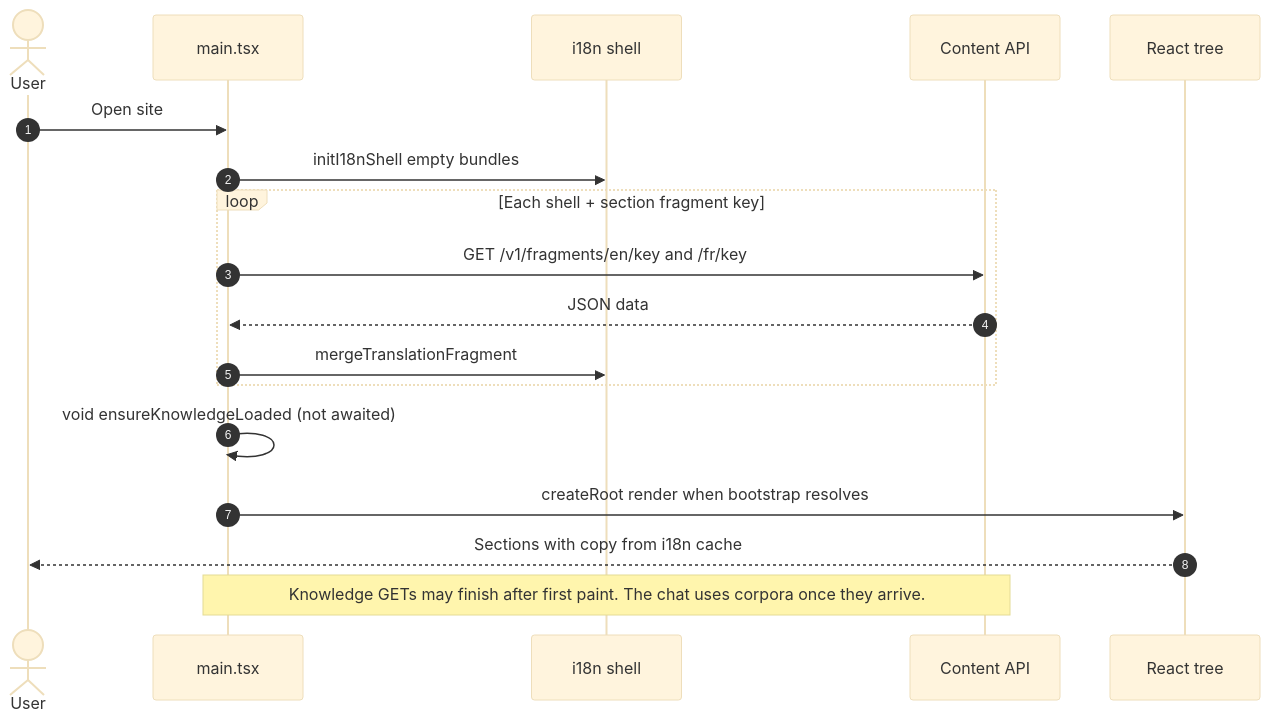
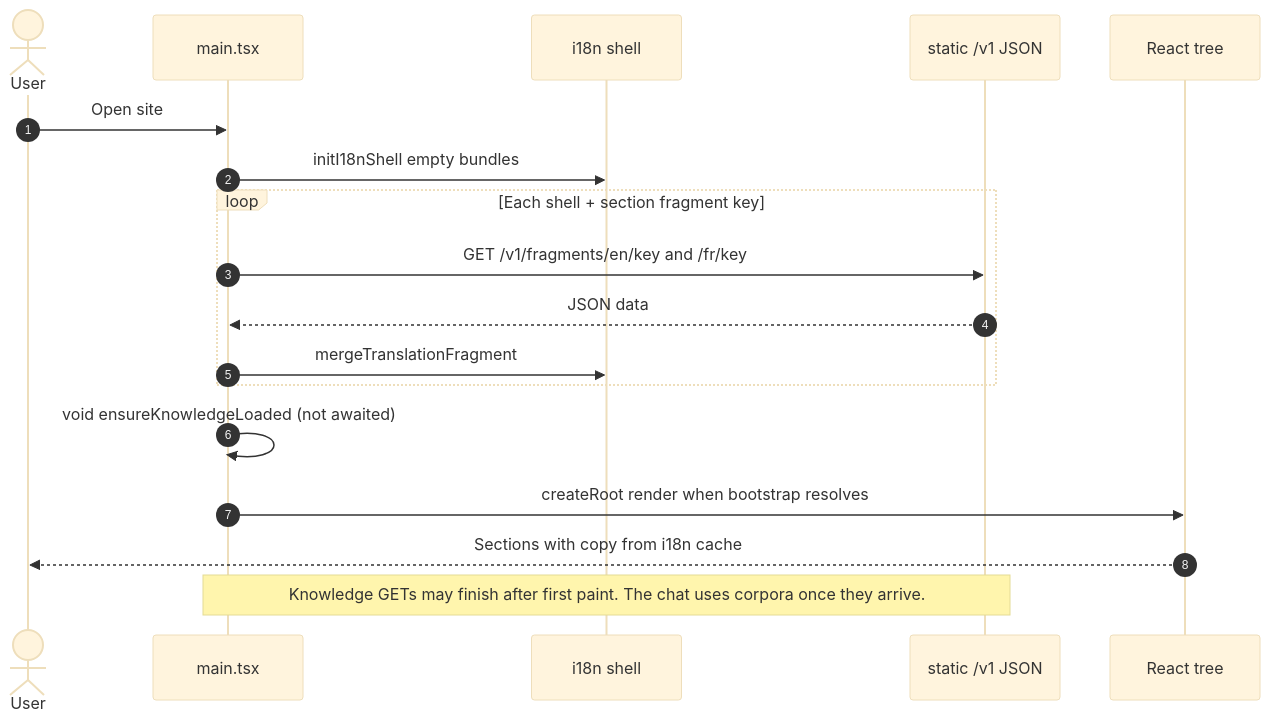
The fifth of 5 diagrams in README.md (kdutta25/my-portfolio), drawn with Mermaid (base theme) before and after one commit. The commit also changed other lines of this file and 11 other files, not shown here.

First line of the commit message:
Serve portfolio content as static /v1 files on GitHub Pages.

````diff
--- a/README.md
+++ b/README.md
@@ -277,21 +278,21 @@
 ```mermaid
 sequenceDiagram
   autonumber
   actor User
   participant Main as main.tsx
   participant I18n as i18n shell
-  participant API as Content API
+  participant Static as static /v1 JSON
   participant React as React tree
 
   User->>Main: Open site
   Main->>I18n: initI18nShell empty bundles
   loop Each shell + section fragment key
-    Main->>API: GET /v1/fragments/en/key and /fr/key
-    API-->>Main: JSON data
+    Main->>Static: GET /v1/fragments/en/key and /fr/key
+    Static-->>Main: JSON data
     Main->>I18n: mergeTranslationFragment
   end
   Main->>Main: void ensureKnowledgeLoaded (not awaited)
   Main->>React: createRoot render when bootstrap resolves
   React-->>User: Sections with copy from i18n cache
-  Note over Main,API: Knowledge GETs may finish after first paint. The chat uses corpora once they arrive.
+  Note over Main,Static: Knowledge GETs may finish after first paint. The chat uses corpora once they arrive.
 ```
````
